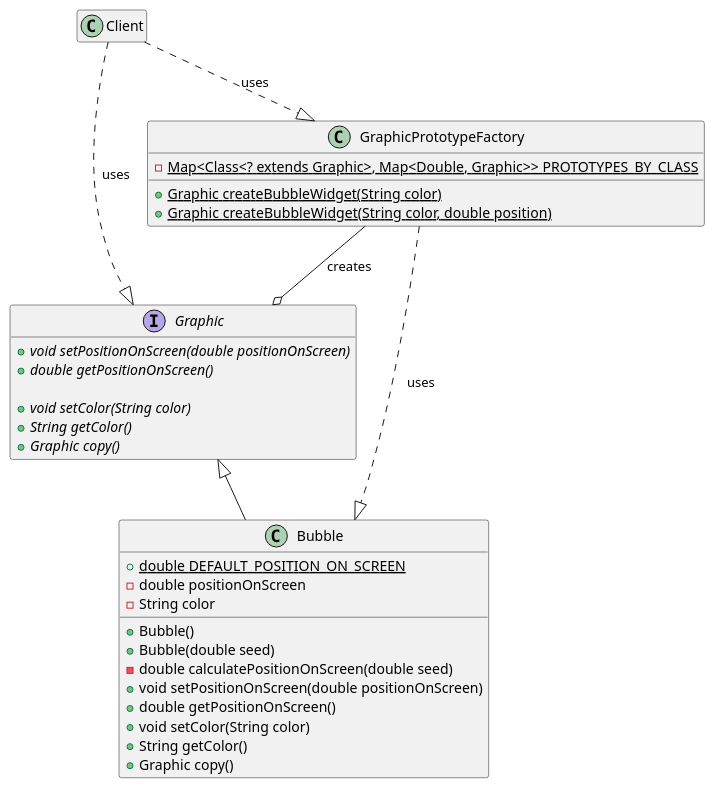
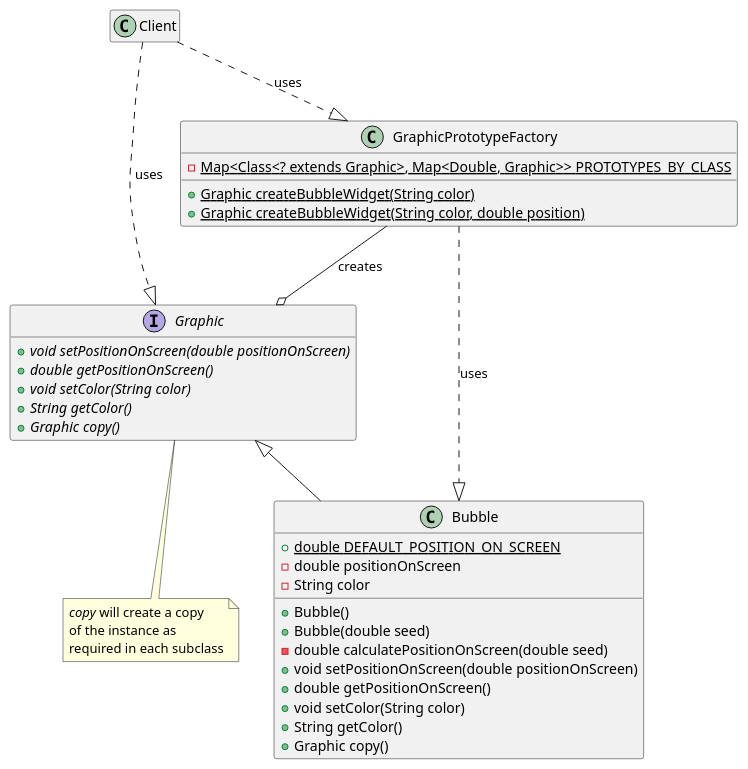
The diagram in DesignPatternsElementsOfReusableObjectOrientesSoftware/Chapter03/Prototype/PrototypePattern.puml (lealceldeiro/gems), drawn with PlantUML before and after one commit. The commit also changed 1 other file, not shown here.

```diff
--- a/DesignPatternsElementsOfReusableObjectOrientesSoftware/Chapter03/Prototype/PrototypePattern.puml
+++ b/DesignPatternsElementsOfReusableObjectOrientesSoftware/Chapter03/Prototype/PrototypePattern.puml
@@ -1,44 +1,43 @@
 @startuml
 
 interface Graphic {
     + {abstract} void setPositionOnScreen(double positionOnScreen)
     + {abstract} double getPositionOnScreen()
-
     + {abstract} void setColor(String color)
     + {abstract} String getColor()
     + {abstract} Graphic copy()
 }
-
+note bottom of Graphic : <i>copy</i> will create a copy\nof the instance as\nrequired in each subclass
 
 class Bubble extends Graphic {
     + {static} double DEFAULT_POSITION_ON_SCREEN
     - double positionOnScreen
     - String color
 
     + Bubble()
     + Bubble(double seed)
     - double calculatePositionOnScreen(double seed)
     + void setPositionOnScreen(double positionOnScreen)
     + double getPositionOnScreen()
     + void setColor(String color)
     + String getColor()
     + Graphic copy()
 }
 
 class GraphicPrototypeFactory {
     - {static} Map<Class<? extends Graphic>, Map<Double, Graphic>> PROTOTYPES_BY_CLASS
 
     + {static} Graphic createBubbleWidget(String color)
     + {static} Graphic createBubbleWidget(String color, double position)
 }
 
 GraphicPrototypeFactory --o Graphic : creates
 GraphicPrototypeFactory ..|> Bubble : uses
 
 class Client
 
 Client ..|> Graphic : uses
 Client ..|> GraphicPrototypeFactory : uses
 
 hide empty members
 @enduml
```
